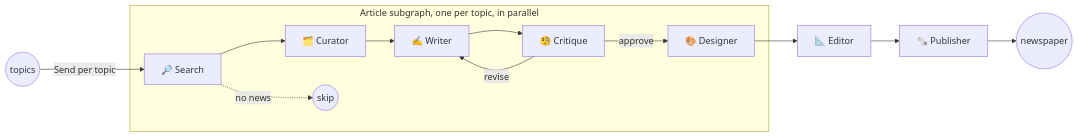
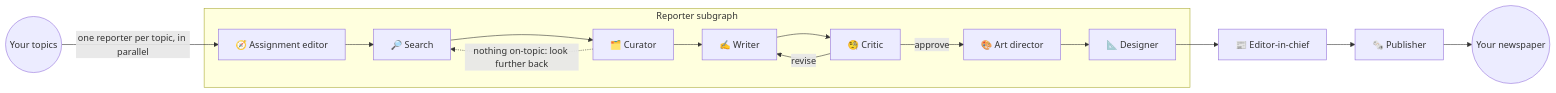
The diagram in README.md (rotemweiss57/gpt-newspaper), drawn with Mermaid before and after one commit. The commit also changed other lines of this file and 25 other files, not shown here.

````diff
--- a/README.md
+++ b/README.md
@@ -26,13 +84,14 @@
 ```mermaid
 flowchart LR
-    START((topics)) -->|Send per topic| search
-    subgraph article [Article subgraph, one per topic, in parallel]
-        search[🔎 Search] --> curate[🗂️ Curator]
-        search -. no news .-> skip((skip))
-        curate --> write[✍️ Writer]
-        write --> critique[🧐 Critique]
-        critique -- revise --> write
-        critique -- approve --> design[🎨 Designer]
+    T((Your topics)) -->|one reporter per topic, in parallel| A
+    subgraph R [Reporter subgraph]
+        A[🧭 Assignment editor] --> S[🔎 Search]
+        S --> C[🗂️ Curator]
+        C -. nothing on-topic: look further back .-> S
+        C --> W[✍️ Writer]
+        W --> K[🧐 Critic]
+        K -- revise --> W
+        K -- approve --> I[🎨 Art director] --> D[📐 Designer]
     end
-    design --> edit[📐 Editor] --> publish[🗞️ Publisher] --> END((newspaper))
+    D --> E[📰 Editor-in-chief] --> P[🗞️ Publisher] --> N((Your newspaper))
 ```
````
